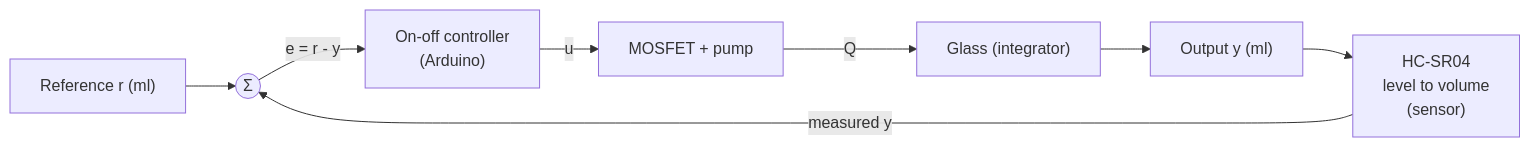
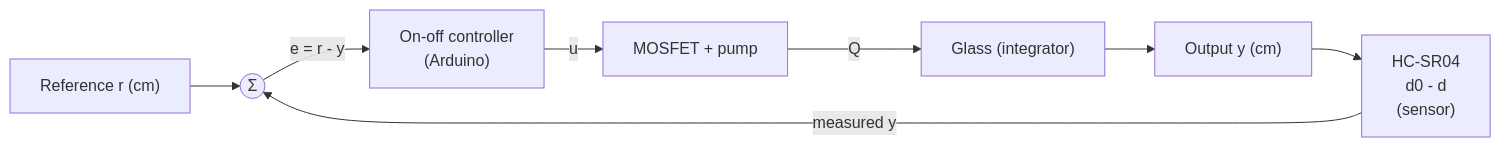
The second of 3 diagrams in Feedback/Finals/Project/project-1/01-project-overview.md (Rollie321/acads-notes), drawn with Mermaid before and after one commit. The commit also changed other lines of this file and 6 other files, not shown here.

````diff
--- a/Feedback/Finals/Project/project-1/01-project-overview.md
+++ b/Feedback/Finals/Project/project-1/01-project-overview.md
@@ -77,10 +77,10 @@
 ```mermaid
 flowchart LR
-    R["Reference r (ml)"] --> S(("Σ"))
+    R["Reference r (cm)"] --> S(("Σ"))
     S -->|"e = r - y"| C["On-off controller<br/>(Arduino)"]
     C -->|"u"| A["MOSFET + pump"]
     A -->|"Q"| G["Glass (integrator)"]
-    G --> Y["Output y (ml)"]
-    Y --> M["HC-SR04<br/>level to volume<br/>(sensor)"]
+    G --> Y["Output y (cm)"]
+    Y --> M["HC-SR04<br/>d0 - d<br/>(sensor)"]
     M -->|"measured y"| S
 ```
````
